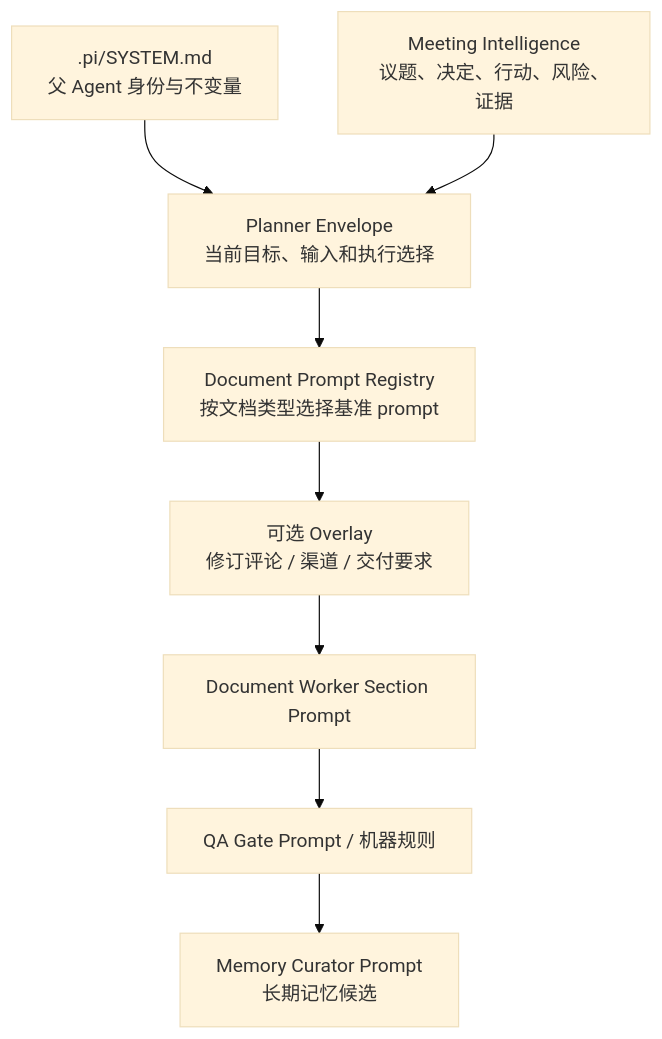
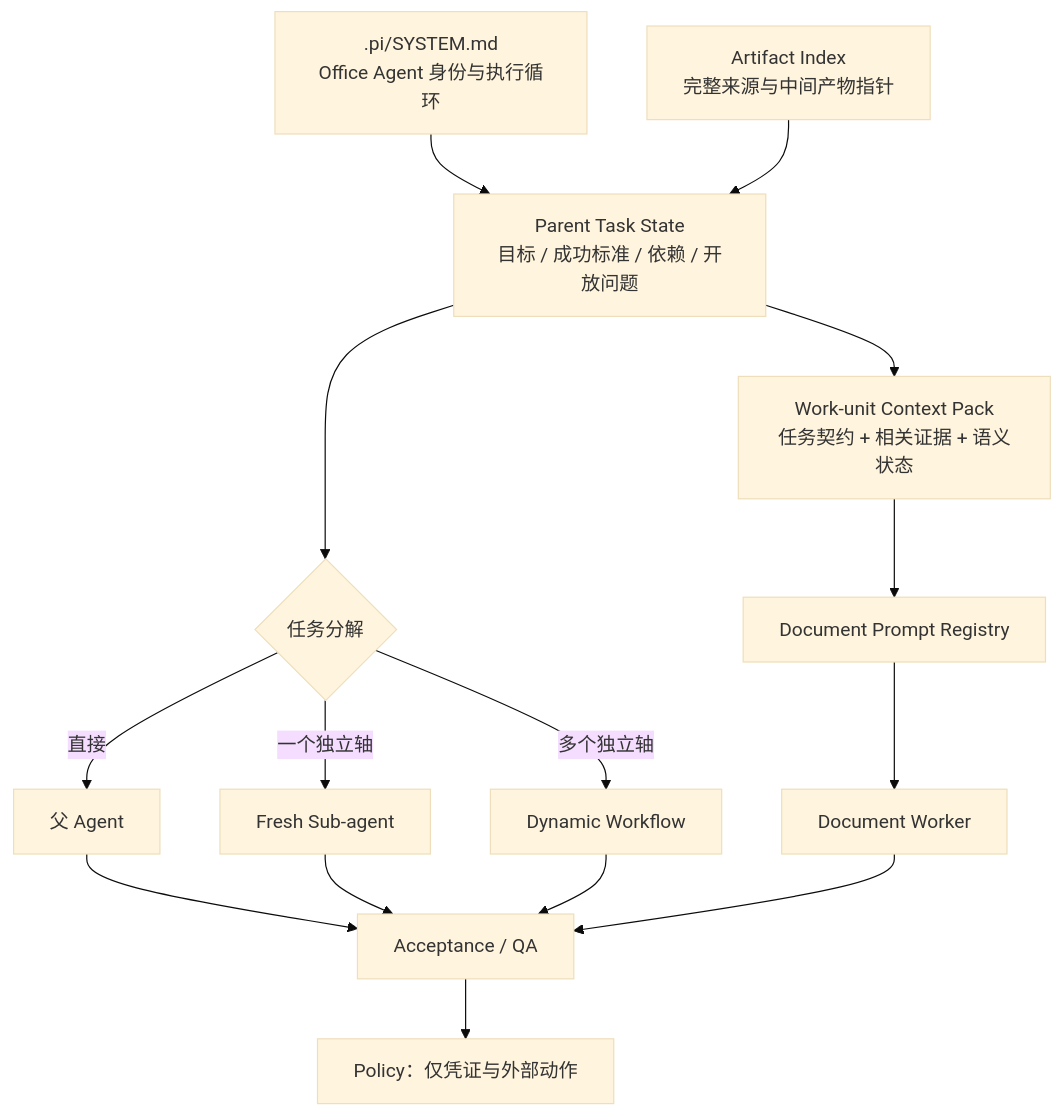
Before and after one commit to DESONGs/assignment-agent: the first of 2 diagrams in wiki/03-system-prompts.md, drawn with Mermaid (base theme). The commit also changed other lines of this file and 33 other files, not shown here.

Commit message:
feat: evolve meeting agent into office agent

````diff
--- a/wiki/03-system-prompts.md
+++ b/wiki/03-system-prompts.md
@@ -9,10 +9,17 @@
 ```mermaid
 flowchart TD
-    S[".pi/SYSTEM.md\n父 Agent 身份与不变量"] --> P["Planner Envelope\n当前目标、输入和执行选择"]
-    MI["Meeting Intelligence\n议题、决定、行动、风险、证据"] --> P
-    P --> R["Document Prompt Registry\n按文档类型选择基准 prompt"]
-    R --> O["可选 Overlay\n修订评论 / 渠道 / 交付要求"]
-    O --> W["Document Worker Section Prompt"]
-    W --> Q["QA Gate Prompt / 机器规则"]
-    Q --> M["Memory Curator Prompt\n长期记忆候选"]
+    S[".pi/SYSTEM.md\nOffice Agent 身份与执行循环"] --> T["Parent Task State\n目标 / 成功标准 / 依赖 / 开放问题"]
+    A["Artifact Index\n完整来源与中间产物指针"] --> T
+    T --> P{"任务分解"}
+    P -->|直接| D["父 Agent"]
+    P -->|一个独立轴| SA["Fresh Sub-agent"]
+    P -->|多个独立轴| WF["Dynamic Workflow"]
+    T --> C["Work-unit Context Pack\n任务契约 + 相关证据 + 语义状态"]
+    C --> R["Document Prompt Registry"]
+    R --> W["Document Worker"]
+    D --> Q["Acceptance / QA"]
+    SA --> Q
+    WF --> Q
+    W --> Q
+    Q --> X["Policy：仅凭证与外部动作"]
 ```
````
